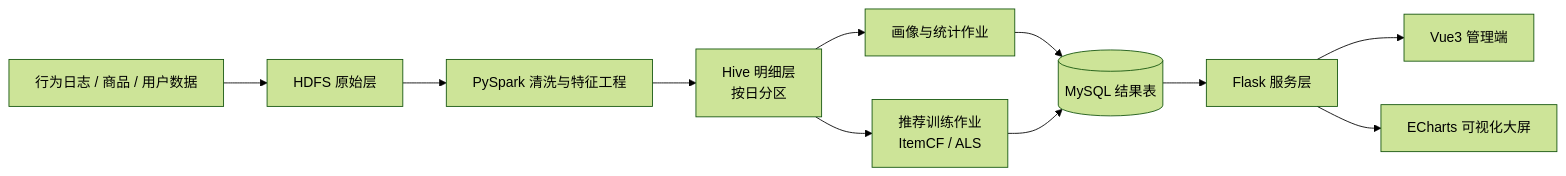
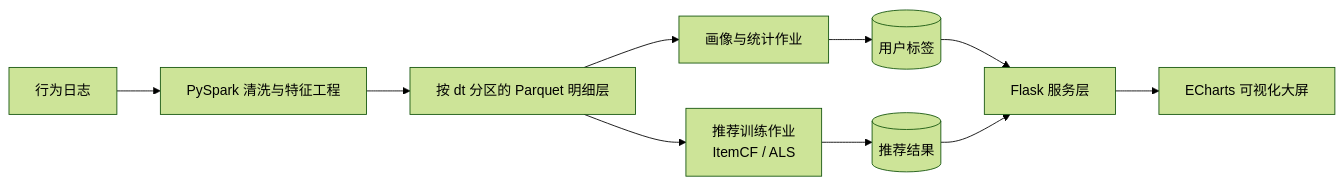
The diagram in README.md (luokai0522/ecommerce-behavior-rec), drawn with Mermaid (forest theme) before and after one commit. The commit also changed other lines of this file, not shown here.

````diff
--- a/README.md
+++ b/README.md
@@ -38,13 +38,12 @@
 ```mermaid
 flowchart LR
-    A[行为日志 / 商品 / 用户数据] --> B[HDFS 原始层]
-    B --> C[PySpark 清洗与特征工程]
-    C --> D[Hive 明细层<br/>按日分区]
-    D --> E[画像与统计作业]
-    D --> F[推荐训练作业<br/>ItemCF / ALS]
-    E --> G[(MySQL 结果表)]
-    F --> G
-    G --> H[Flask 服务层]
-    H --> I[Vue3 管理端]
-    H --> J[ECharts 可视化大屏]
+    A[行为日志] --> B[PySpark 清洗与特征工程]
+    B --> C[按 dt 分区的 Parquet 明细层]
+    C --> D[画像与统计作业]
+    C --> E[推荐训练作业<br/>ItemCF / ALS]
+    D --> F[(用户标签)]
+    E --> G[(推荐结果)]
+    F --> H[Flask 服务层]
+    G --> H
+    H --> I[ECharts 可视化大屏]
 ```
````
